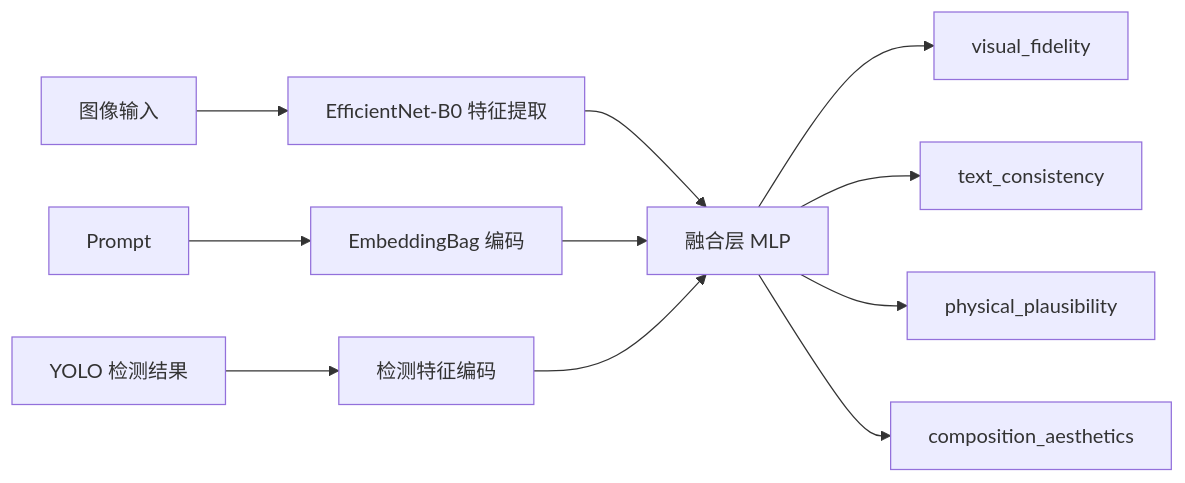
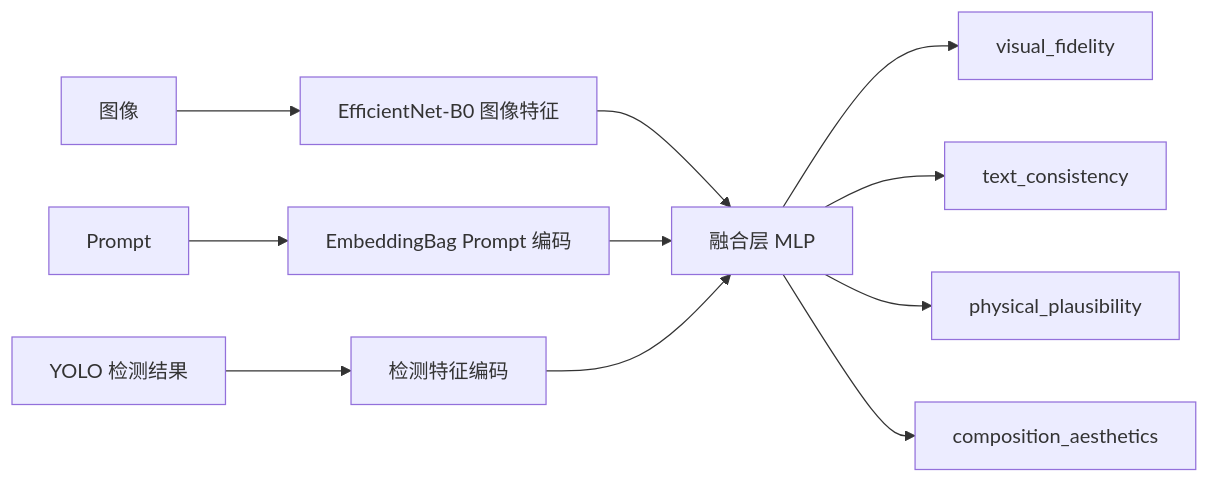
One commit to hrzt66/electric-ai-platform changed the seventh of 10 diagrams in docs/model-training-and-usage.md. Above: the diagram before and after it, drawn with Mermaid. The commit also changed other lines of this file, not shown here.

````diff
--- a/docs/model-training-and-usage.md
+++ b/docs/model-training-and-usage.md
@@ -229,13 +388,13 @@
 ```mermaid
 flowchart LR
-    Image["图像输入"] --> CNN["EfficientNet-B0 特征提取"]
-    Prompt["Prompt"] --> Emb["EmbeddingBag 编码"]
-    Det["YOLO 检测结果"] --> YoloEnc["检测特征编码"]
+    Image["图像"] --> CNN["EfficientNet-B0 图像特征"]
+    Prompt["Prompt"] --> Emb["EmbeddingBag Prompt 编码"]
+    Det["YOLO 检测结果"] --> Yolo["检测特征编码"]
     CNN --> Fuse["融合层 MLP"]
     Emb --> Fuse
-    YoloEnc --> Fuse
+    Yolo --> Fuse
     Fuse --> H1["visual_fidelity"]
     Fuse --> H2["text_consistency"]
     Fuse --> H3["physical_plausibility"]
     Fuse --> H4["composition_aesthetics"]
 ```
````
